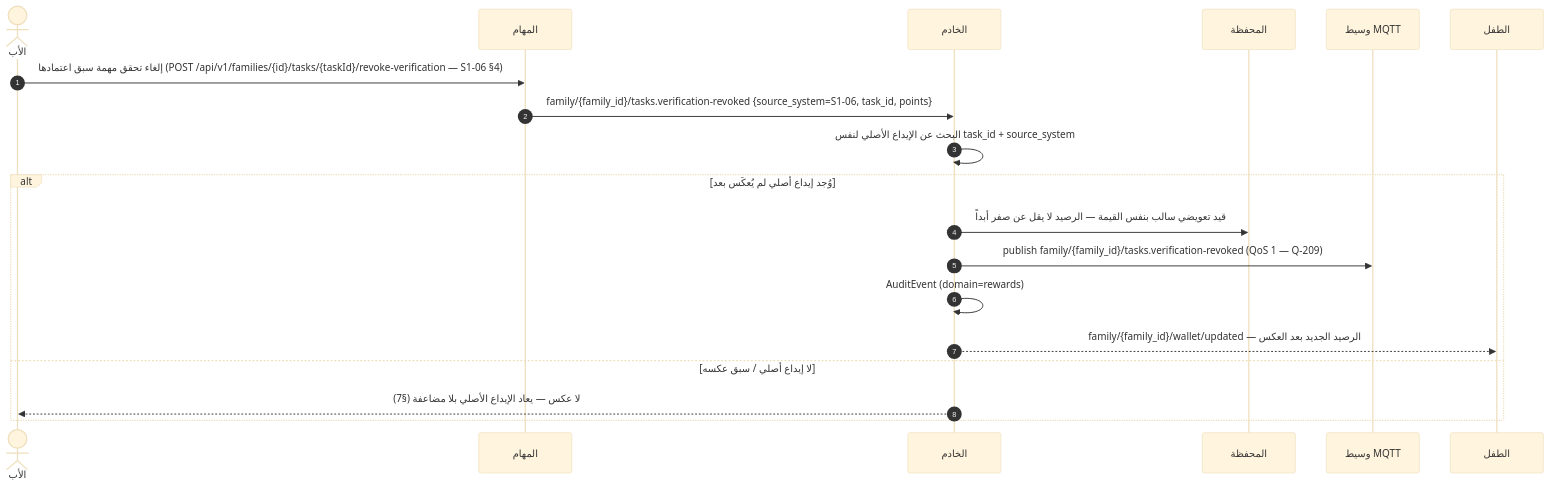
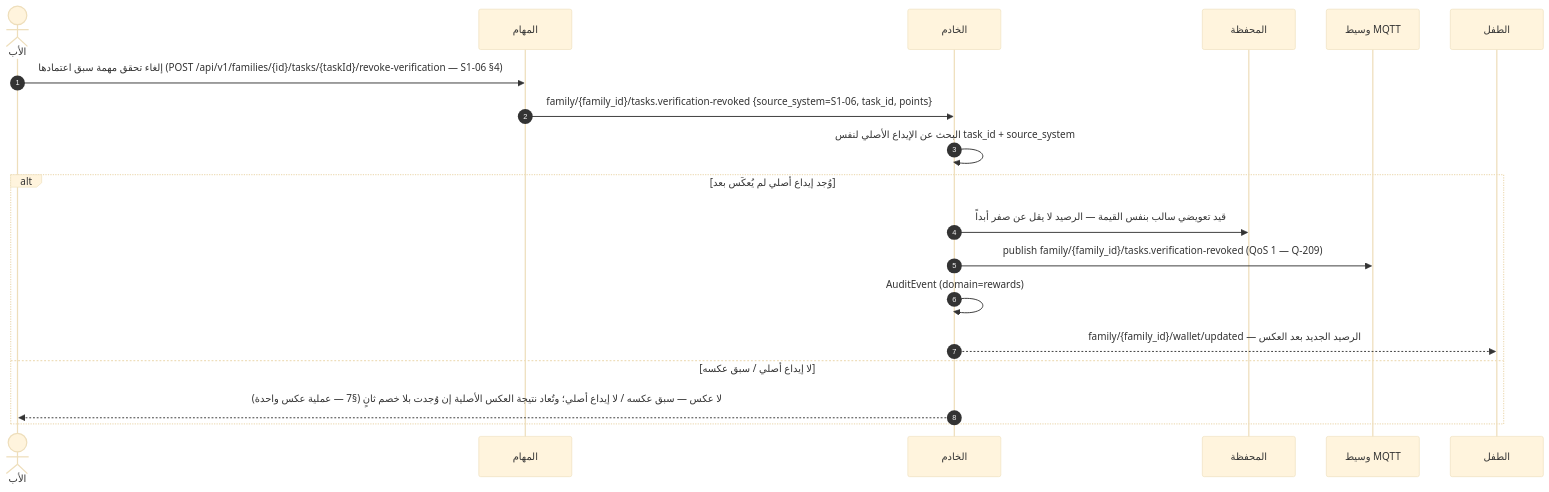
Before and after one commit to Bassam-mohammed-alqaeadi/family-os-v2: the eighth of 12 diagrams in docs/family-os/governance/phases/phase-1/S1-05-rewards-children/DIAGRAMS.md, drawn with Mermaid (base theme). The commit also changed other lines of this file and 3 other files, not shown here.

````diff
--- a/docs/family-os/governance/phases/phase-1/S1-05-rewards-children/DIAGRAMS.md
+++ b/docs/family-os/governance/phases/phase-1/S1-05-rewards-children/DIAGRAMS.md
@@ -348,21 +371,21 @@
 ```mermaid
 sequenceDiagram
     autonumber
     actor Father as الأب
     participant S106 as المهام
     participant Ktor as الخادم
     participant Wallet as المحفظة
     participant MQTT as وسيط MQTT
     participant Child as الطفل
     Father->>S106: إلغاء تحقق مهمة سبق اعتمادها (POST /api/v1/families/{id}/tasks/{taskId}/revoke-verification — S1-06 §4)
     S106->>Ktor: family/{family_id}/tasks.verification-revoked {source_system=S1-06, task_id, points}
     Ktor->>Ktor: البحث عن الإيداع الأصلي لنفس task_id + source_system
     alt وُجد إيداع أصلي لم يُعكَس بعد
         Ktor->>Wallet: قيد تعويضي سالب بنفس القيمة — الرصيد لا يقل عن صفر أبداً
         Ktor->>MQTT: publish family/{family_id}/tasks.verification-revoked (QoS 1 — Q-209)
         Ktor->>Ktor: AuditEvent (domain=rewards)
         Ktor-->>Child: family/{family_id}/wallet/updated — الرصيد الجديد بعد العكس
     else لا إيداع أصلي / سبق عكسه
-        Ktor-->>Father: لا عكس — يعاد الإيداع الأصلي بلا مضاعفة (§7)
+        Ktor-->>Father: لا عكس — سبق عكسه / لا إيداع أصلي؛ وتُعاد نتيجة العكس الأصلية إن وُجدت بلا خصم ثانٍ (§7 — عملية عكس واحدة)
     end
 ```
````
